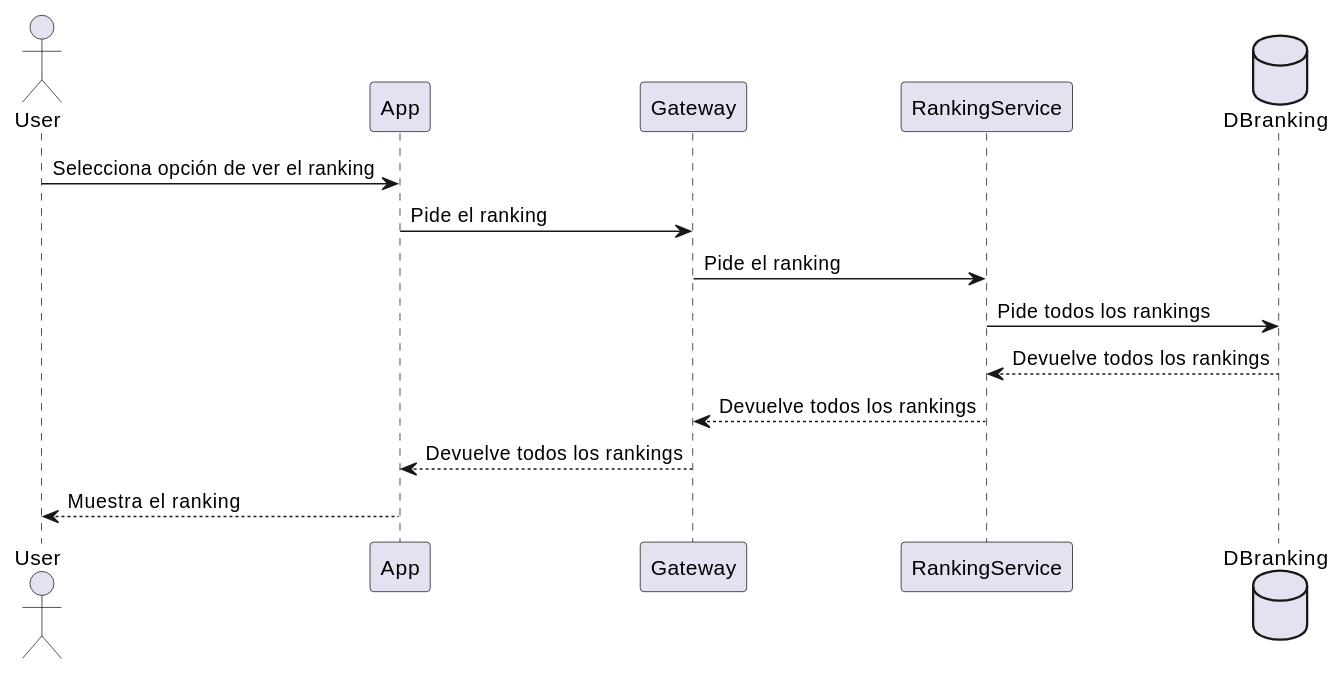
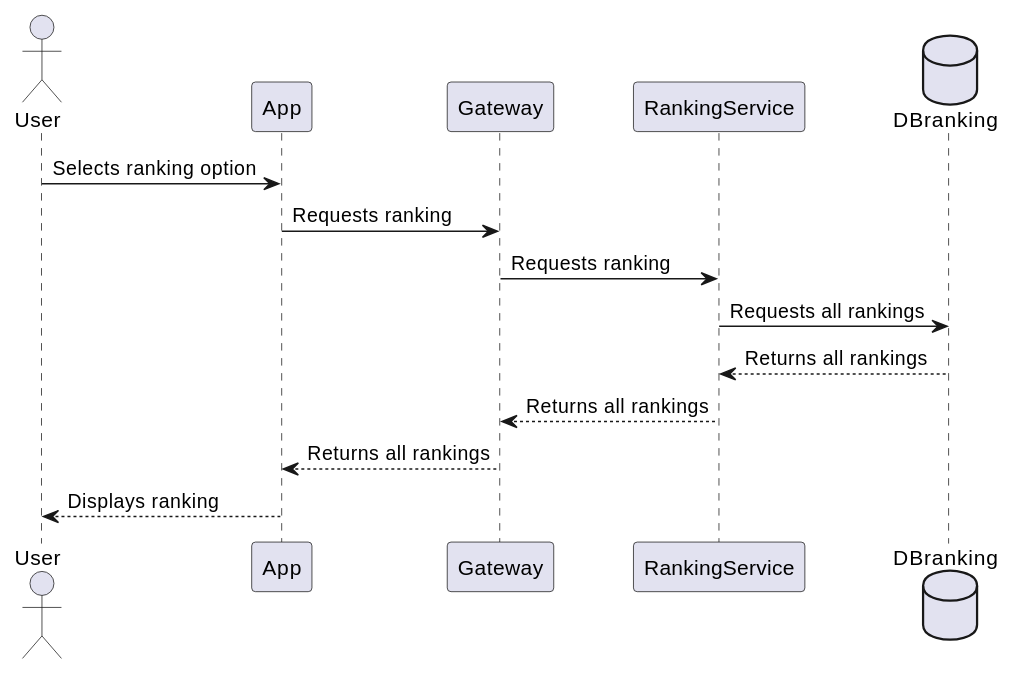
One commit to Arquisoft/wichat_es6b changed the fifth of 5 diagrams in docs/src/06_runtime_view.adoc. Above: the diagram before and after it, drawn with PlantUML. The commit also changed other lines of this file, not shown here.

```diff
--- a/docs/src/06_runtime_view.adoc
+++ b/docs/src/06_runtime_view.adoc
@@ -176,17 +176,17 @@
 [plantuml, ranking, png]
 ----
 actor User
 participant App
 participant Gateway
 participant RankingService
 database DBranking
 
-User -> App: Selecciona opción de ver el ranking
-App -> Gateway: Pide el ranking
-Gateway -> RankingService: Pide el ranking
-RankingService -> DBranking: Pide todos los rankings
-RankingService <-- DBranking: Devuelve todos los rankings
-Gateway <-- RankingService: Devuelve todos los rankings
-App <-- Gateway: Devuelve todos los rankings
-User <-- App: Muestra el ranking
+User -> App: Selects ranking option
+App -> Gateway: Requests ranking
+Gateway -> RankingService: Requests ranking
+RankingService -> DBranking: Requests all rankings
+RankingService <-- DBranking: Returns all rankings
+Gateway <-- RankingService: Returns all rankings
+App <-- Gateway: Returns all rankings
+User <-- App: Displays ranking
 ----
```
